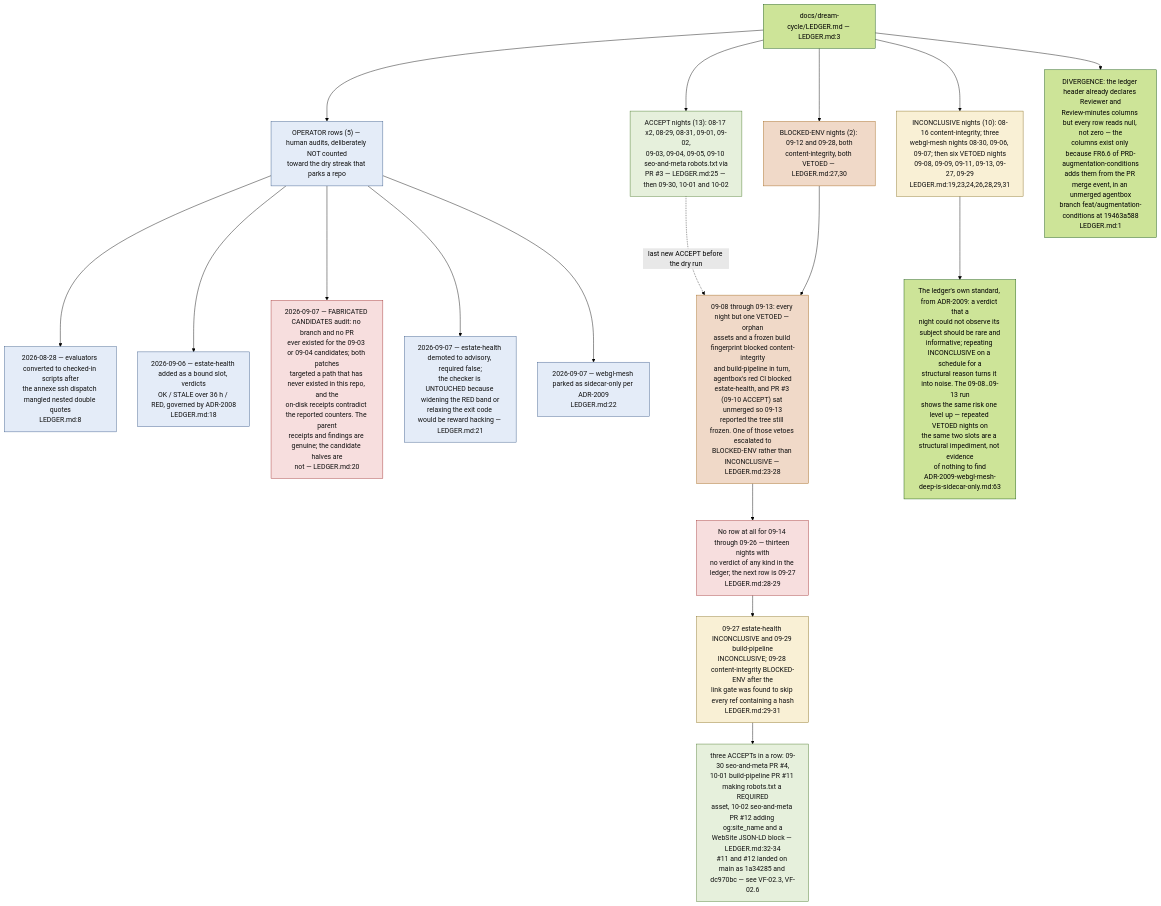
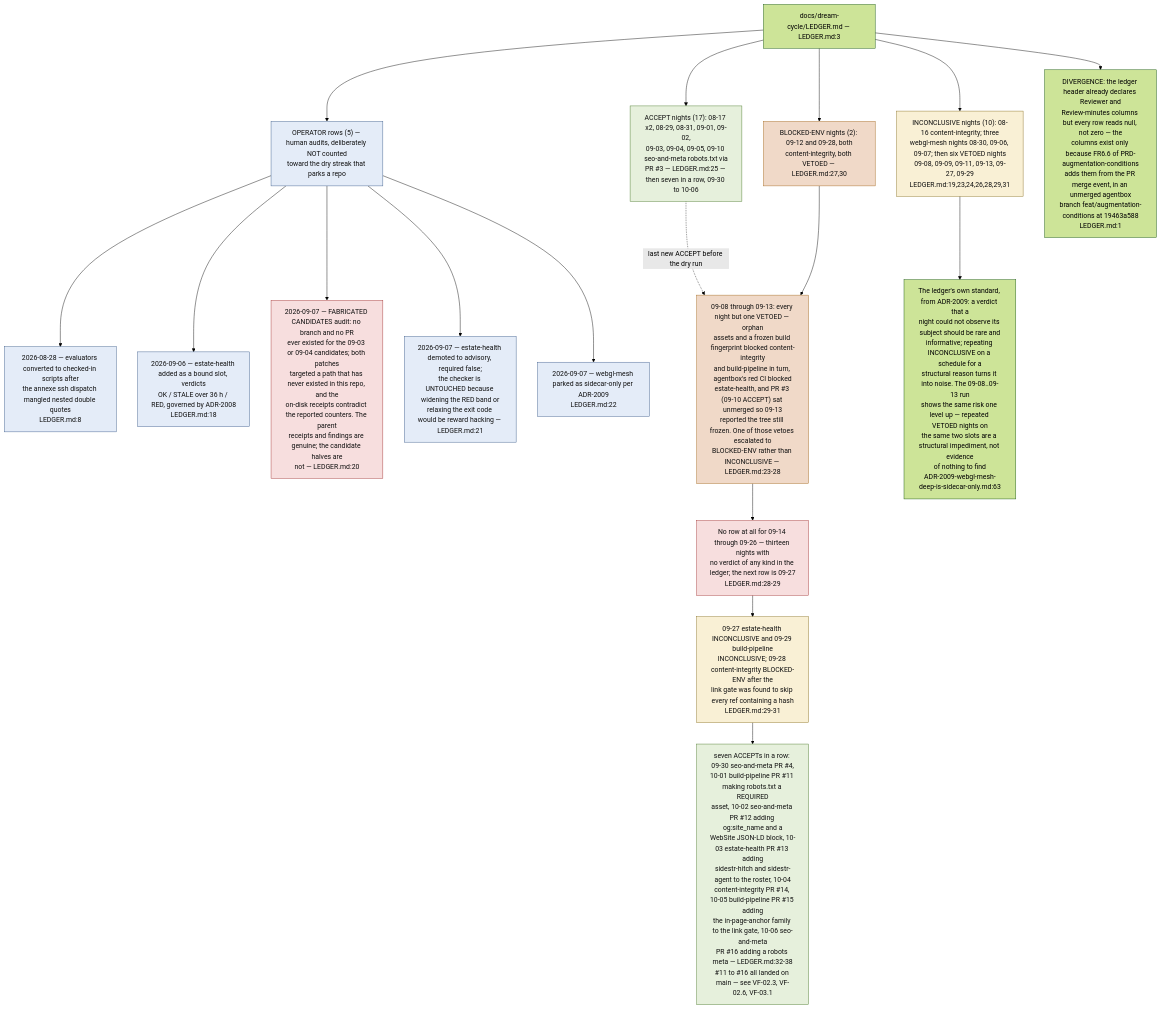
The seventh of 9 diagrams in docs/diagrams/visionflow/04-dream-cycle-integration.md (DreamLab-AI/VisionFlow), drawn with Mermaid (forest theme) before and after one commit. The commit also changed other lines of this file and 21 other files, not shown here.

Commit message:
docs(diagrams): refresh first verified estate batch

````diff
--- a/docs/diagrams/visionflow/04-dream-cycle-integration.md
+++ b/docs/diagrams/visionflow/04-dream-cycle-integration.md
@@ -206,36 +208,36 @@
 ```mermaid
 flowchart TB
     classDef acc fill:#e6f0dc,stroke:#4a7a2a,color:#111
     classDef inc fill:#f9f0d5,stroke:#8a7020,color:#111
     classDef op fill:#e4ecf8,stroke:#3a5a8a,color:#111
     classDef bad fill:#f7dede,stroke:#a33333,color:#111
     classDef blk fill:#f0d9c8,stroke:#a3661a,color:#111
 
     L["docs/dream-cycle/LEDGER.md — LEDGER.md:3"]
 
-    L --> A["ACCEPT nights (13): 08-17 x2, 08-29, 08-31, 09-01, 09-02,<br/>09-03, 09-04, 09-05, 09-10 seo-and-meta robots.txt via<br/>PR #3 — LEDGER.md:25 — then 09-30, 10-01 and 10-02"]:::acc
+    L --> A["ACCEPT nights (17): 08-17 x2, 08-29, 08-31, 09-01, 09-02,<br/>09-03, 09-04, 09-05, 09-10 seo-and-meta robots.txt via<br/>PR #3 — LEDGER.md:25 — then seven in a row, 09-30 to 10-06"]:::acc
     L --> I["INCONCLUSIVE nights (10): 08-16 content-integrity; three<br/>webgl-mesh nights 08-30, 09-06, 09-07; then six VETOED nights<br/>09-08, 09-09, 09-11, 09-13, 09-27, 09-29<br/>LEDGER.md:19,23,24,26,28,29,31"]:::inc
     L --> B["BLOCKED-ENV nights (2): 09-12 and 09-28, both<br/>content-integrity, both VETOED — LEDGER.md:27,30"]:::blk
     L --> O["OPERATOR rows (5) — human audits, deliberately NOT counted<br/>toward the dry streak that parks a repo"]:::op
 
     O --> O1["2026-08-28 — evaluators converted to checked-in scripts after<br/>the annexe ssh dispatch mangled nested double quotes<br/>LEDGER.md:8"]:::op
     O --> O2["2026-09-06 — estate-health added as a bound slot, verdicts<br/>OK / STALE over 36 h / RED, governed by ADR-2008<br/>LEDGER.md:18"]:::op
     O --> O3["2026-09-07 — FABRICATED CANDIDATES audit: no branch and no PR<br/>ever existed for the 09-03 or 09-04 candidates; both patches<br/>targeted a path that has never existed in this repo, and the<br/>on-disk receipts contradict the reported counters. The parent<br/>receipts and findings are genuine; the candidate halves are<br/>not — LEDGER.md:20"]:::bad
     O --> O4["2026-09-07 — estate-health demoted to advisory, required false;<br/>the checker is UNTOUCHED because widening the RED band or<br/>relaxing the exit code would be reward hacking — LEDGER.md:21"]:::op
     O --> O5["2026-09-07 — webgl-mesh parked as sidecar-only per ADR-2009<br/>LEDGER.md:22"]:::op
 
     DRY["09-08 through 09-13: every night but one VETOED — orphan<br/>assets and a frozen build fingerprint blocked content-integrity<br/>and build-pipeline in turn, agentbox's red CI blocked<br/>estate-health, and PR #3 (09-10 ACCEPT) sat unmerged so 09-13<br/>reported the tree still frozen. One of those vetoes escalated to<br/>BLOCKED-ENV rather than INCONCLUSIVE — LEDGER.md:23-28"]:::blk
     A -.->|"last new ACCEPT before the dry run"| DRY
     B --> DRY
 
     GAP["No row at all for 09-14 through 09-26 — thirteen nights with<br/>no verdict of any kind in the ledger; the next row is 09-27<br/>LEDGER.md:28-29"]:::bad
     DRY --> GAP
     GAP --> LATE["09-27 estate-health INCONCLUSIVE and 09-29 build-pipeline<br/>INCONCLUSIVE; 09-28 content-integrity BLOCKED-ENV after the<br/>link gate was found to skip every ref containing a hash<br/>LEDGER.md:29-31"]:::inc
-    LATE --> RUN["three ACCEPTs in a row: 09-30 seo-and-meta PR #4,<br/>10-01 build-pipeline PR #11 making robots.txt a REQUIRED<br/>asset, 10-02 seo-and-meta PR #12 adding og:site_name and a<br/>WebSite JSON-LD block — LEDGER.md:32-34<br/>#11 and #12 landed on main as 1a34285 and dc970bc — see VF-02.3, VF-02.6"]:::acc
+    LATE --> RUN["seven ACCEPTs in a row: 09-30 seo-and-meta PR #4,<br/>10-01 build-pipeline PR #11 making robots.txt a REQUIRED<br/>asset, 10-02 seo-and-meta PR #12 adding og:site_name and a<br/>WebSite JSON-LD block, 10-03 estate-health PR #13 adding<br/>sidestr-hitch and sidestr-agent to the roster, 10-04<br/>content-integrity PR #14, 10-05 build-pipeline PR #15 adding<br/>the in-page-anchor family to the link gate, 10-06 seo-and-meta<br/>PR #16 adding a robots meta — LEDGER.md:32-38<br/>#11 to #16 all landed on main — see VF-02.3, VF-02.6, VF-03.1"]:::acc
 
     LESSON["The ledger's own standard, from ADR-2009: a verdict that a<br/>night could not observe its subject should be rare and<br/>informative; repeating INCONCLUSIVE on a schedule for a<br/>structural reason turns it into noise. The 09-08..09-13 run<br/>shows the same risk one level up — repeated VETOED nights on<br/>the same two slots are a structural impediment, not evidence<br/>of nothing to find<br/>ADR-2009-webgl-mesh-deep-is-sidecar-only.md:63"]
     I --> LESSON
 
     SCHEMA["DIVERGENCE: the ledger header already declares Reviewer and<br/>Review-minutes columns but every row reads null, not zero — the<br/>columns exist only because FR6.6 of PRD-augmentation-conditions<br/>adds them from the PR merge event, in an unmerged agentbox<br/>branch feat/augmentation-conditions at 19463a588<br/>LEDGER.md:1"]
     L --> SCHEMA
 ```
````
